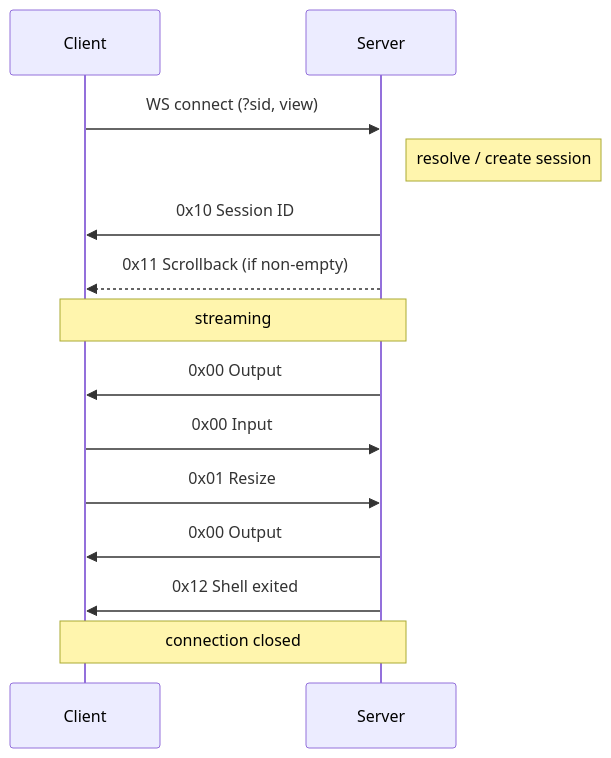
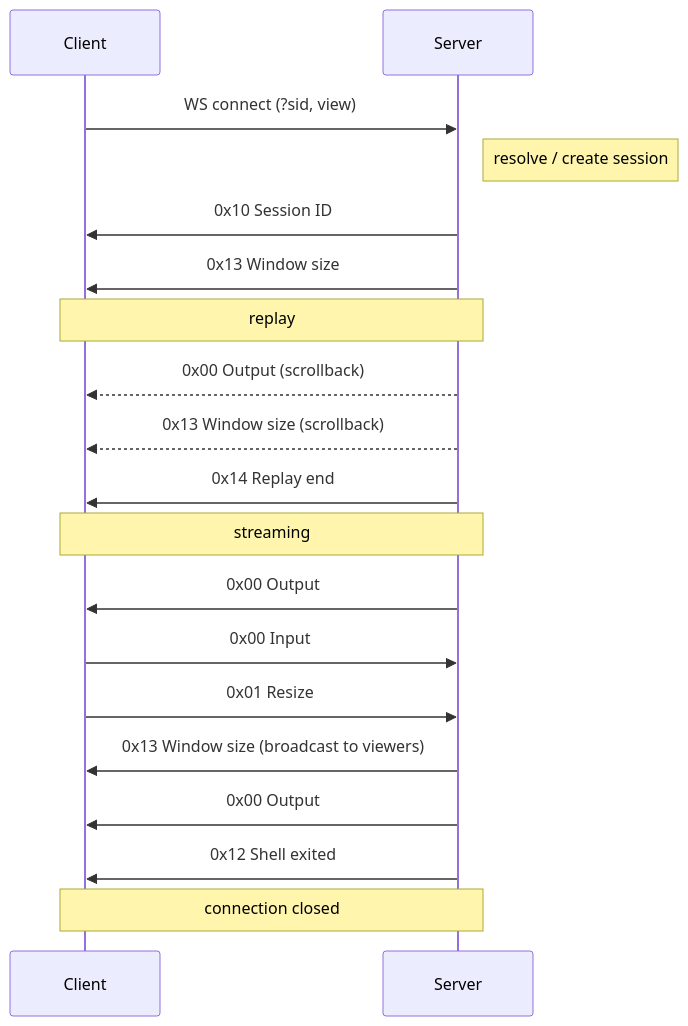
Before and after one commit to Alviner/tty-web: the diagram in docs/src/wire-protocol.md, drawn with Mermaid. The commit also changed other lines of this file and 17 other files, not shown here.

````diff
--- a/docs/src/wire-protocol.md
+++ b/docs/src/wire-protocol.md
@@ -26,17 +27,22 @@
 ```mermaid
 sequenceDiagram
     participant C as Client
     participant S as Server
 
     C->>S: WS connect (?sid, view)
     Note right of S: resolve / create session
     S->>C: 0x10 Session ID
-    S-->>C: 0x11 Scrollback (if non-empty)
+    S->>C: 0x13 Window size
+    Note over C,S: replay
+    S-->>C: 0x00 Output (scrollback)
+    S-->>C: 0x13 Window size (scrollback)
+    S->>C: 0x14 Replay end
     Note over C,S: streaming
     S->>C: 0x00 Output
     C->>S: 0x00 Input
     C->>S: 0x01 Resize
+    S->>C: 0x13 Window size (broadcast to viewers)
     S->>C: 0x00 Output
     S->>C: 0x12 Shell exited
     Note over C,S: connection closed
 ```
````
